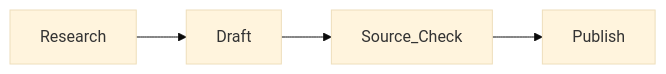
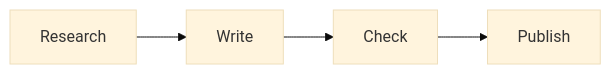
The diagram in notes/markdown-and-mermaid.md (kaw393939/current-events), drawn with Mermaid (base theme) before and after one commit. The commit also changed other lines of this file and 12 other files, not shown here.

````diff
--- a/notes/markdown-and-mermaid.md
+++ b/notes/markdown-and-mermaid.md
@@ -34,6 +19,4 @@
 ```mermaid
 flowchart LR
-  Research --> Draft
-  Draft --> Source_Check
-  Source_Check --> Publish
+  Research --> Write --> Check --> Publish
 ```
````
